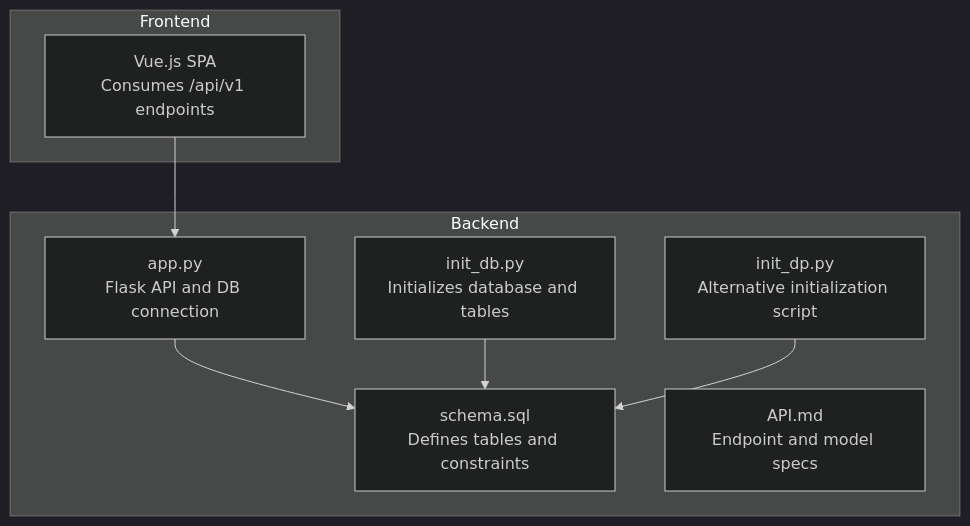
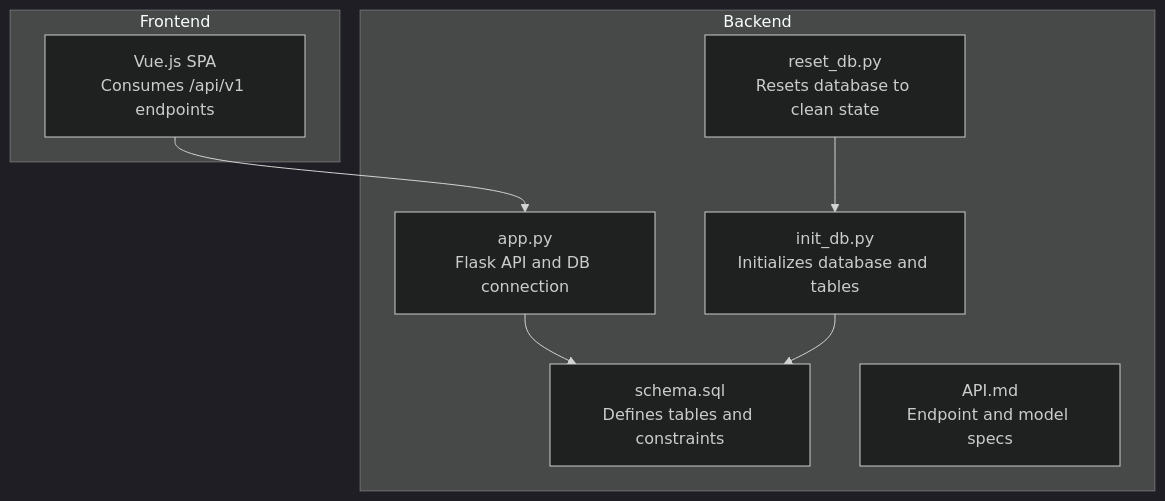
The first of 6 diagrams in .qoder/repowiki/en/content/Backend API Server/Database Schema Design.md (hsarjun04-netizen/NUTRICooACH), drawn with Mermaid (dark theme) before and after one commit. The commit also changed other lines of this file and 7 other files, not shown here.

````diff
--- a/.qoder/repowiki/en/content/Backend API Server/Database Schema Design.md
+++ b/.qoder/repowiki/en/content/Backend API Server/Database Schema Design.md
@@ -35,17 +45,17 @@
 ```mermaid
 graph TB
 subgraph "Backend"
 A["schema.sql<br/>Defines tables and constraints"]
 B["init_db.py<br/>Initializes database and tables"]
-C["init_dp.py<br/>Alternative initialization script"]
+C["reset_db.py<br/>Resets database to clean state"]
 D["app.py<br/>Flask API and DB connection"]
 E["API.md<br/>Endpoint and model specs"]
 end
 subgraph "Frontend"
 F["Vue.js SPA<br/>Consumes /api/v1 endpoints"]
 end
 F --> D
 D --> A
 B --> A
-C --> A
+C --> B
 ```
````
